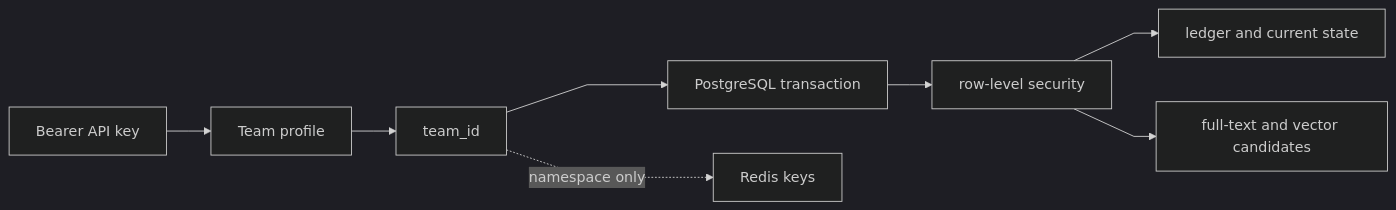
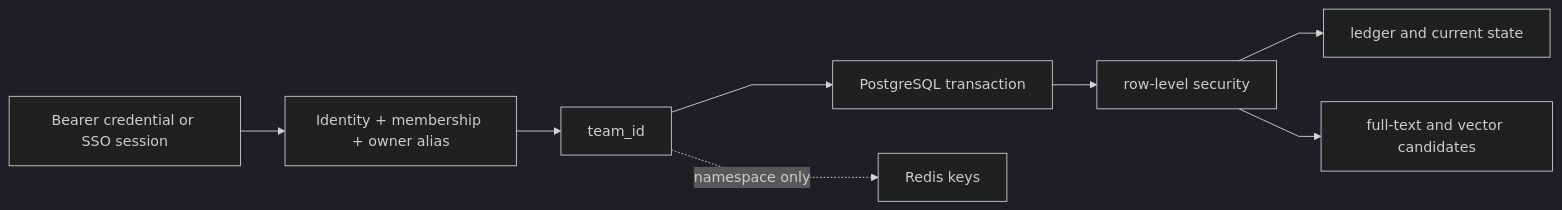
Diagram 11 of 12 in Data-Model-And-Storage.md (markhuangai/dense-mem), drawn with Mermaid (dark theme) before and after one commit. The commit also changed other lines of this file and 12 other files, not shown here.

````diff
--- a/Data-Model-And-Storage.md
+++ b/Data-Model-And-Storage.md
@@ -814,11 +822,11 @@
 ```mermaid
 %%{init: {"flowchart": {"curve": "linear"}}}%%
 flowchart LR
-  Key["Bearer API key"] --> Profile["Team profile"]
-  Profile --> Team["team_id"]
+  Auth["Bearer credential or SSO session"] --> Actor["Identity + membership + owner alias"]
+  Actor --> Team["team_id"]
   Team --> Tx["PostgreSQL transaction"]
   Tx --> RLS["row-level security"]
   RLS --> Ledger["ledger and current state"]
   RLS --> Search["full-text and vector candidates"]
   Team -. "namespace only" .-> Cache["Redis keys"]
 ```
````
